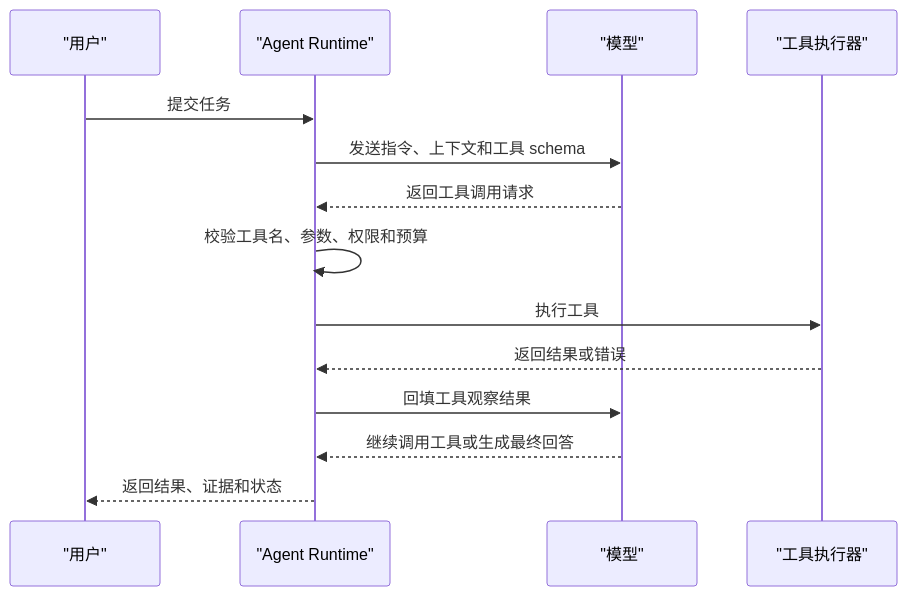
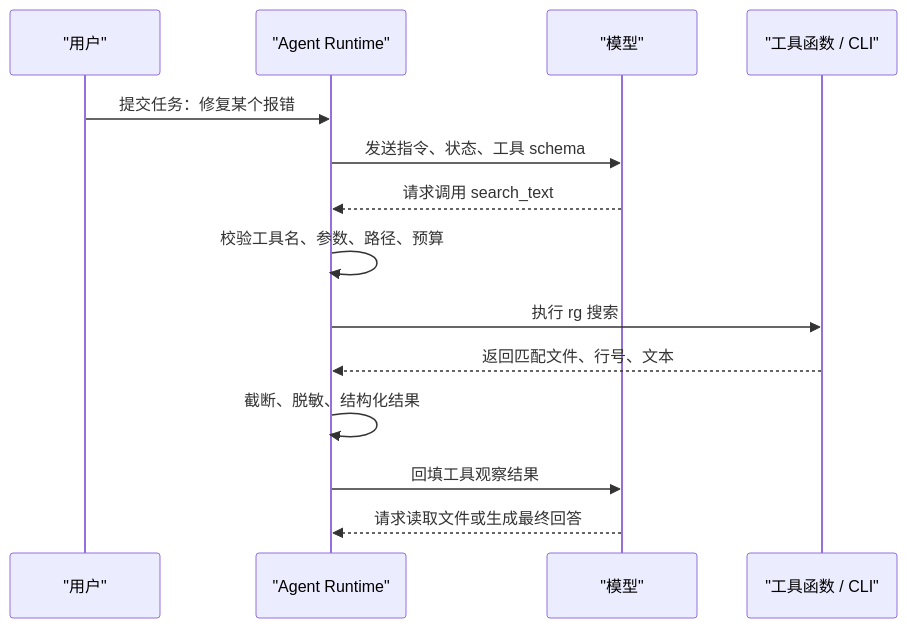
One commit to Doge2077/liyyro changed the diagram in docs/AI/Agent/Agent基础/Agent工具.md. Above: the diagram before and after it, drawn with Mermaid. The commit also changed other lines of this file and 5 other files, not shown here.

Commit message:
improve Agent docs and enable Mermaid

````diff
--- a/docs/AI/Agent/Agent基础/Agent工具.md
+++ b/docs/AI/Agent/Agent基础/Agent工具.md
@@ -15,16 +17,16 @@
 ```mermaid
 sequenceDiagram
   participant User as "用户"
   participant Runtime as "Agent Runtime"
   participant Model as "模型"
-  participant Tool as "工具执行器"
-  User->>Runtime: 提交任务
-  Runtime->>Model: 发送指令、上下文和工具 schema
-  Model-->>Runtime: 返回工具调用请求
-  Runtime->>Runtime: 校验工具名、参数、权限和预算
-  Runtime->>Tool: 执行工具
-  Tool-->>Runtime: 返回结果或错误
+  participant Tool as "工具函数 / CLI"
+  User->>Runtime: 提交任务：修复某个报错
+  Runtime->>Model: 发送指令、状态、工具 schema
+  Model-->>Runtime: 请求调用 search_text
+  Runtime->>Runtime: 校验工具名、参数、路径、预算
+  Runtime->>Tool: 执行 rg 搜索
+  Tool-->>Runtime: 返回匹配文件、行号、文本
+  Runtime->>Runtime: 截断、脱敏、结构化结果
   Runtime->>Model: 回填工具观察结果
-  Model-->>Runtime: 继续调用工具或生成最终回答
-  Runtime-->>User: 返回结果、证据和状态
+  Model-->>Runtime: 请求读取文件或生成最终回答
 ```
````
